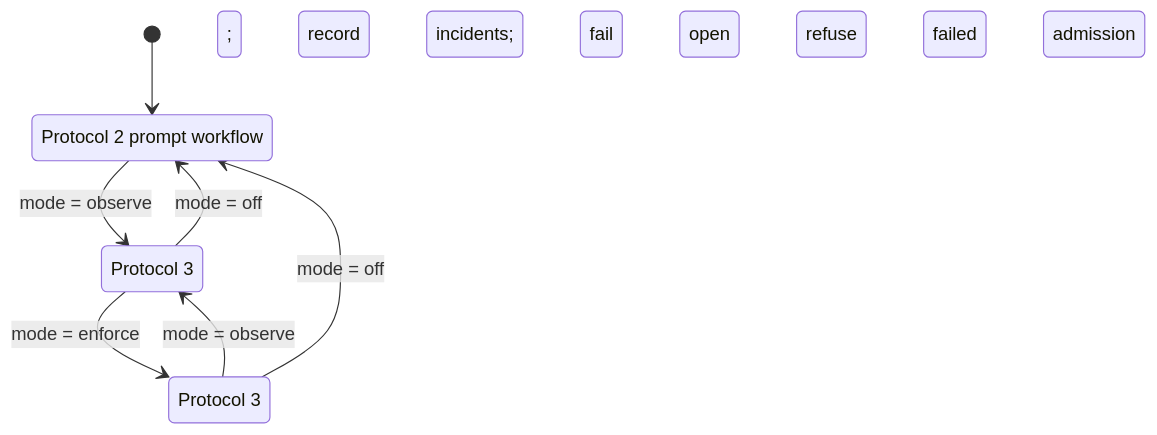
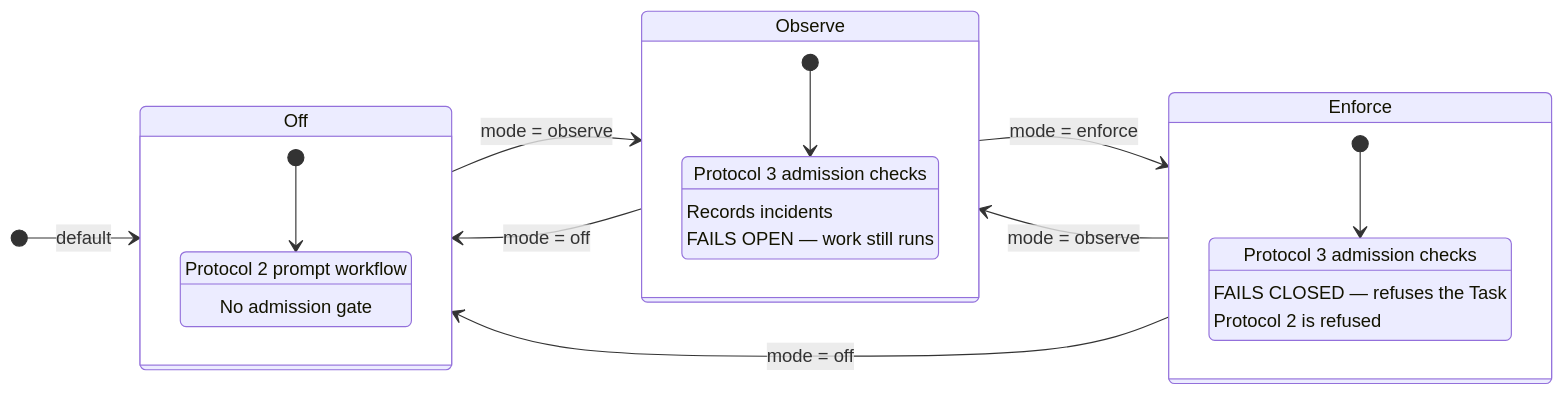
Before and after one commit to sean35mm/naru-opencode: the diagram in docs/src/content/docs/runtime/scheduler-modes.md, drawn with Mermaid. The commit also changed other lines of this file and 18 other files, not shown here.

First line of the commit message:
docs: redesign documentation site and diagrams

````diff
--- a/docs/src/content/docs/runtime/scheduler-modes.md
+++ b/docs/src/content/docs/runtime/scheduler-modes.md
@@ -8,12 +8,31 @@
 ```mermaid
 stateDiagram-v2
-  [*] --> Off
-  Off: Protocol 2 prompt workflow
+  direction LR
+  [*] --> Off: default
+
+  state Off {
+    [*] --> off_note
+    off_note: Protocol 2 prompt workflow
+    off_note: No admission gate
+  }
+
+  state Observe {
+    [*] --> obs_note
+    obs_note: Protocol 3 admission checks
+    obs_note: Records incidents
+    obs_note: FAILS OPEN — work still runs
+  }
+
+  state Enforce {
+    [*] --> enf_note
+    enf_note: Protocol 3 admission checks
+    enf_note: FAILS CLOSED — refuses the Task
+    enf_note: Protocol 2 is refused
+  }
+
   Off --> Observe: mode = observe
-  Observe: Protocol 3; record incidents; fail open
   Observe --> Enforce: mode = enforce
-  Enforce: Protocol 3; refuse failed admission
   Enforce --> Observe: mode = observe
   Observe --> Off: mode = off
   Enforce --> Off: mode = off
 ```
````
